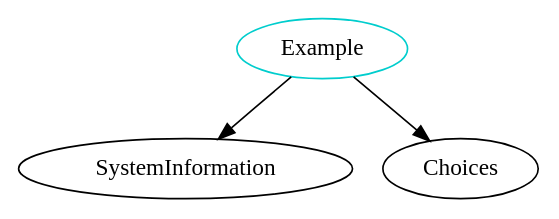
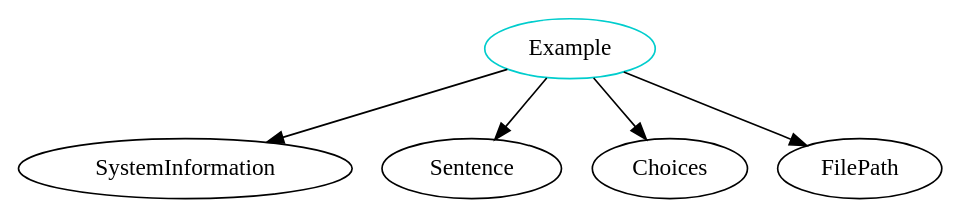
The diagram in analysis/TypeDependencyGraphs/website/Example.dot (JacquesCarette/Drasil), drawn with Graphviz before and after one commit. The commit also changed 211 other files, not shown here.

```diff
--- a/analysis/TypeDependencyGraphs/website/Example.dot
+++ b/analysis/TypeDependencyGraphs/website/Example.dot
@@ -1,5 +1,7 @@
 digraph example{
 Example -> SystemInformation;
+Example -> Sentence;
 Example -> Choices;
+Example -> FilePath;
 Example	[shape=oval, color=cyan3, label="Example"];
 }
```
